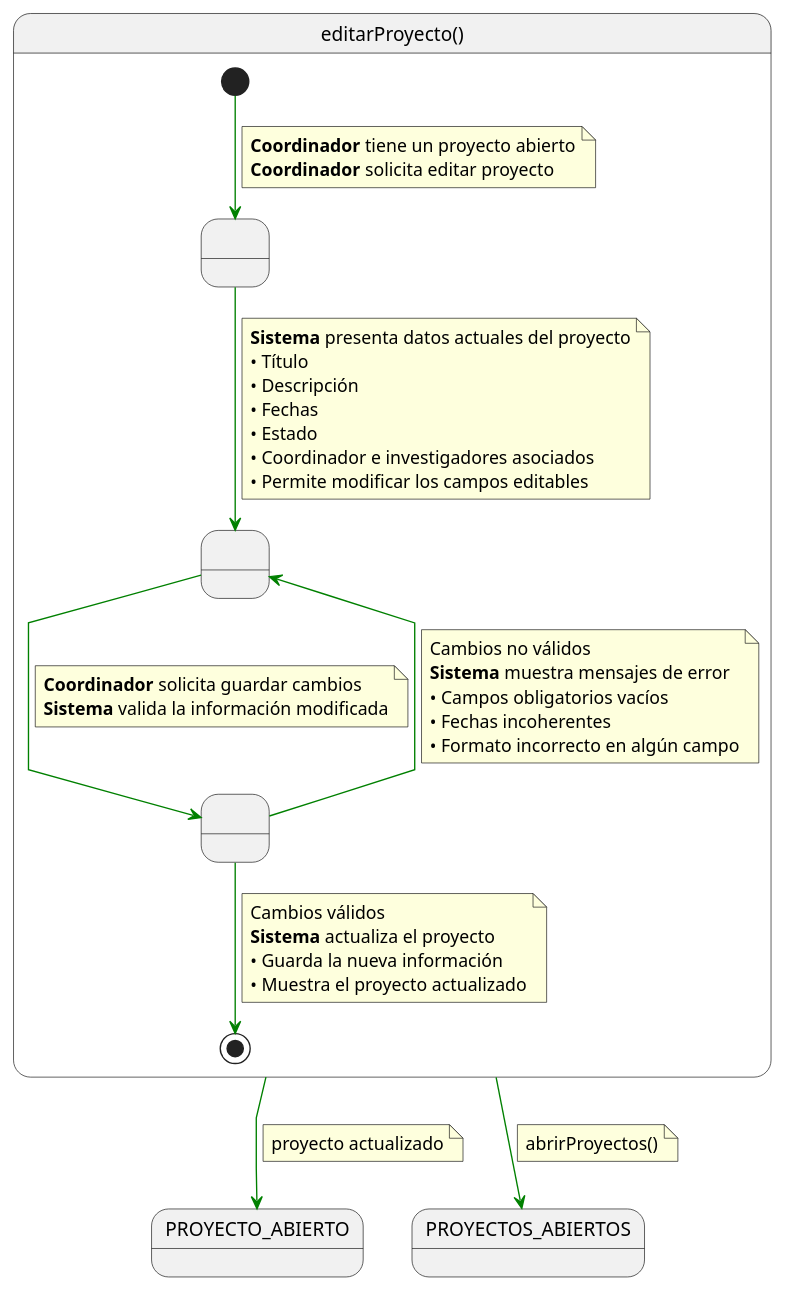
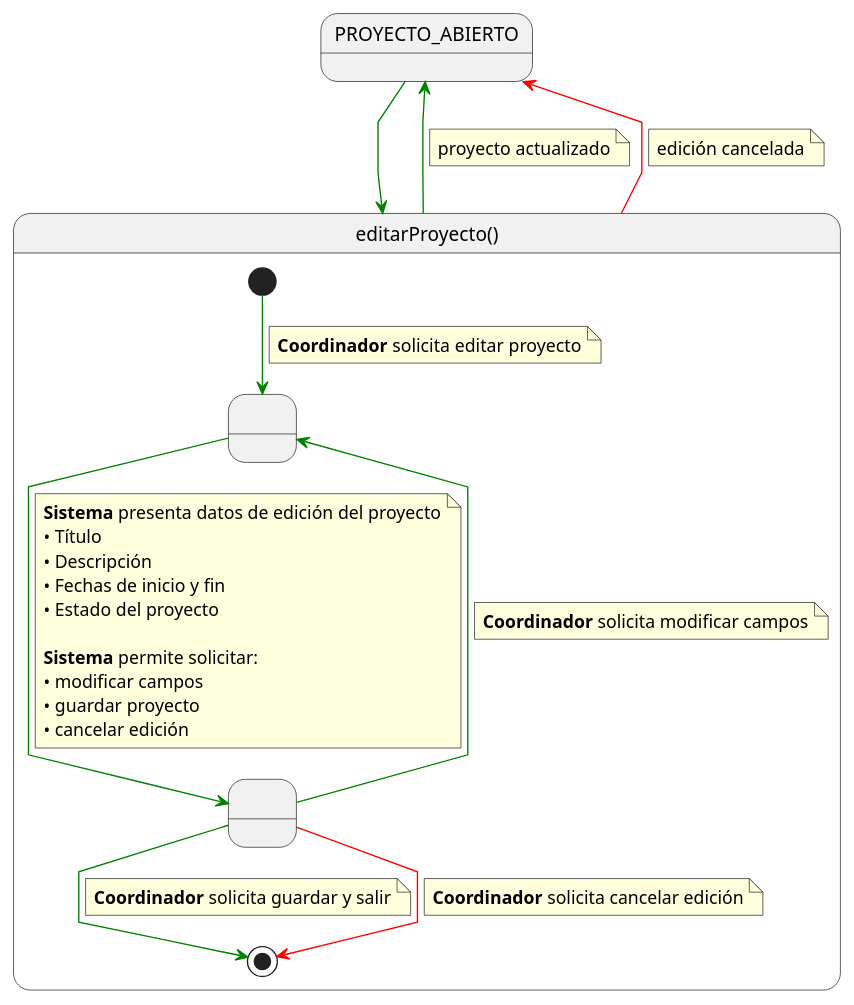
One commit to 31Diego/25-26-IdSw1-SdR changed the diagram in documents/casosDeUso/detalle/coordinador/02-gestion-proyectos/editarProyecto/editarProyecto.puml. Above: the diagram before and after it, drawn with PlantUML. The commit also changed 16 other files, not shown here.

```diff
--- a/documents/casosDeUso/detalle/coordinador/02-gestion-proyectos/editarProyecto/editarProyecto.puml
+++ b/documents/casosDeUso/detalle/coordinador/02-gestion-proyectos/editarProyecto/editarProyecto.puml
@@ -1,62 +1,57 @@
 @startuml editarProyecto
 
 skinparam linetype polyline
 
+PROYECTO_ABIERTO -[#green]-> editarProyecto
+
 state editarProyecto as "editarProyecto()" {
 
-    state " " as MostrandoProyecto
-    state " " as EditandoProyecto
-    state " " as ValidandoCambios
+    state " " as EditandoDatos
+    state " " as GuardandoDatos
 
-    [*] -[#green]-> MostrandoProyecto
+    [*] -[#green]-> EditandoDatos
     note on link
-    <b>Coordinador</b> tiene un proyecto abierto
     <b>Coordinador</b> solicita editar proyecto
     end note
 
-    MostrandoProyecto -[#green]-> EditandoProyecto
+    EditandoDatos -[#green]-> GuardandoDatos
     note on link
-    <b>Sistema</b> presenta datos actuales del proyecto
+    <b>Sistema</b> presenta datos de edición del proyecto
     • Título
     • Descripción
-    • Fechas
-    • Estado
-    • Coordinador e investigadores asociados
-    • Permite modificar los campos editables
+    • Fechas de inicio y fin
+    • Estado del proyecto
+
+    <b>Sistema</b> permite solicitar:
+    • modificar campos
+    • guardar proyecto
+    • cancelar edición
     end note
 
-    EditandoProyecto -[#green]-> ValidandoCambios
+    GuardandoDatos -[#green]-> EditandoDatos
     note on link
-    <b>Coordinador</b> solicita guardar cambios
-    <b>Sistema</b> valida la información modificada
+    <b>Coordinador</b> solicita modificar campos
     end note
 
-    ValidandoCambios -[#green]-> EditandoProyecto
+    GuardandoDatos -[#green]-> [*]
     note on link
-    Cambios no válidos
-    <b>Sistema</b> muestra mensajes de error
-    • Campos obligatorios vacíos
-    • Fechas incoherentes
-    • Formato incorrecto en algún campo
+    <b>Coordinador</b> solicita guardar y salir
     end note
 
-    ValidandoCambios -[#green]-> [*]
+    GuardandoDatos -[#red]-> [*]
     note on link
-    Cambios válidos
-    <b>Sistema</b> actualiza el proyecto
-    • Guarda la nueva información
-    • Muestra el proyecto actualizado
+    <b>Coordinador</b> solicita cancelar edición
     end note
 }
 
 editarProyecto -[#green]-> PROYECTO_ABIERTO
 note on link
 proyecto actualizado
 end note
 
-editarProyecto -[#green]-> PROYECTOS_ABIERTOS
+editarProyecto -[#red]-> PROYECTO_ABIERTO
 note on link
-abrirProyectos()
+edición cancelada
 end note
 
 @enduml
```
